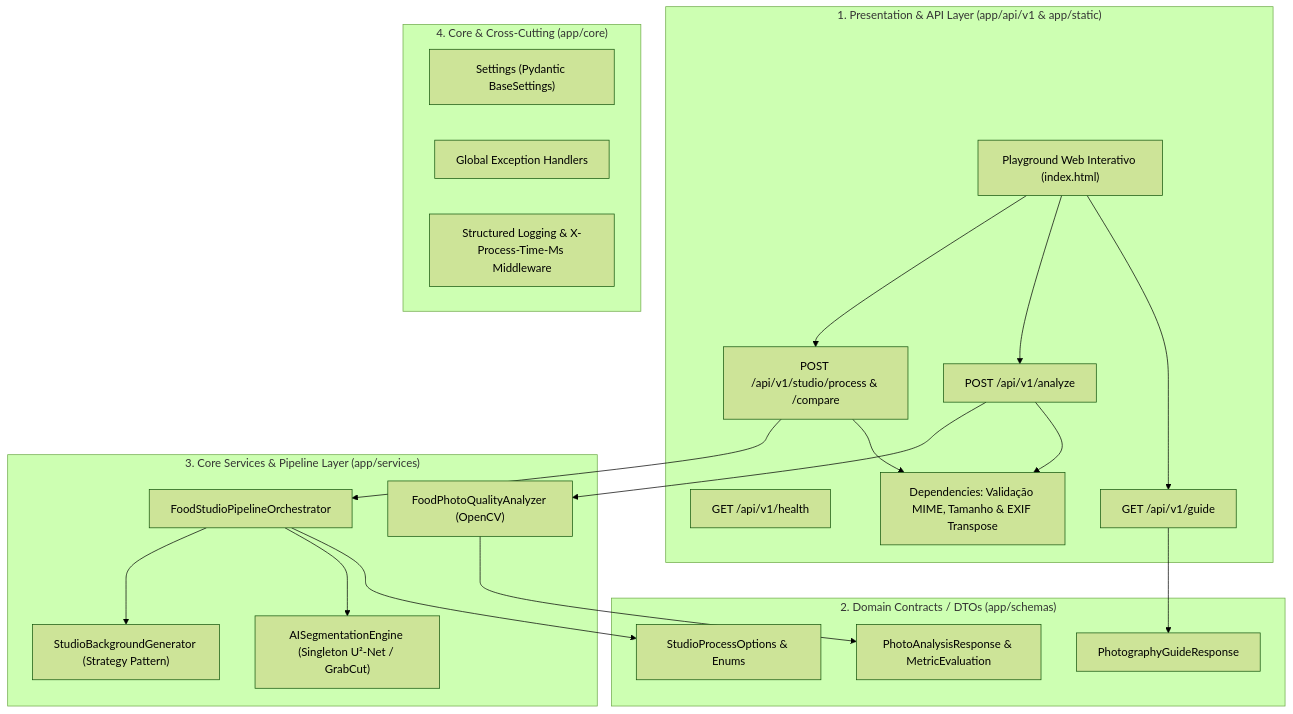
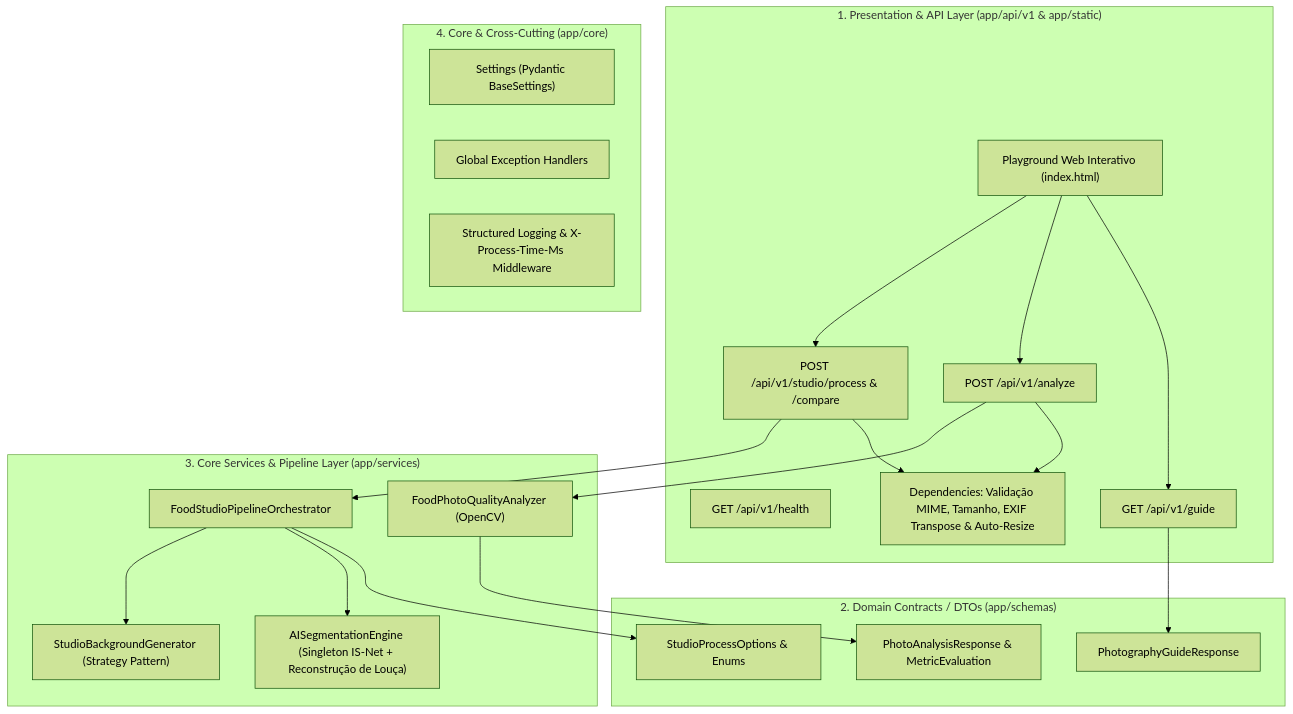
One commit to ViniciusCrispim/jet-food-studio-ai-api changed the diagram in docs/ARCHITECTURE.md. Above: the diagram before and after it, drawn with Mermaid (forest theme). The commit also changed other lines of this file and 2 other files, not shown here.

````diff
--- a/docs/ARCHITECTURE.md
+++ b/docs/ARCHITECTURE.md
@@ -11,37 +11,37 @@
 ```mermaid
 flowchart TB
     subgraph Presentation ["1. Presentation & API Layer (app/api/v1 & app/static)"]
         UI["Playground Web Interativo (index.html)"]
         H["GET /api/v1/health"]
         G["GET /api/v1/guide"]
         A["POST /api/v1/analyze"]
         S["POST /api/v1/studio/process & /compare"]
-        DEP["Dependencies: Validação MIME, Tamanho & EXIF Transpose"]
+        DEP["Dependencies: Validação MIME, Tamanho, EXIF Transpose & Auto-Resize"]
     end
 
     subgraph Contracts ["2. Domain Contracts / DTOs (app/schemas)"]
         SC_G["PhotographyGuideResponse"]
         SC_A["PhotoAnalysisResponse & MetricEvaluation"]
         SC_S["StudioProcessOptions & Enums"]
     end
 
     subgraph DomainServices ["3. Core Services & Pipeline Layer (app/services)"]
         QA["FoodPhotoQualityAnalyzer (OpenCV)"]
         ORCH["FoodStudioPipelineOrchestrator"]
-        AI["AISegmentationEngine (Singleton U²-Net / GrabCut)"]
+        AI["AISegmentationEngine (Singleton IS-Net + Reconstrução de Louça)"]
         BG["StudioBackgroundGenerator (Strategy Pattern)"]
     end
 
     subgraph Infrastructure ["4. Core & Cross-Cutting (app/core)"]
         CFG["Settings (Pydantic BaseSettings)"]
         EXC["Global Exception Handlers"]
         LOG["Structured Logging & X-Process-Time-Ms Middleware"]
     end
 
     UI --> G & A & S
     A & S --> DEP
     G --> SC_G
     A --> QA --> SC_A
     S --> ORCH --> SC_S
     ORCH --> AI & BG
 ```
````
